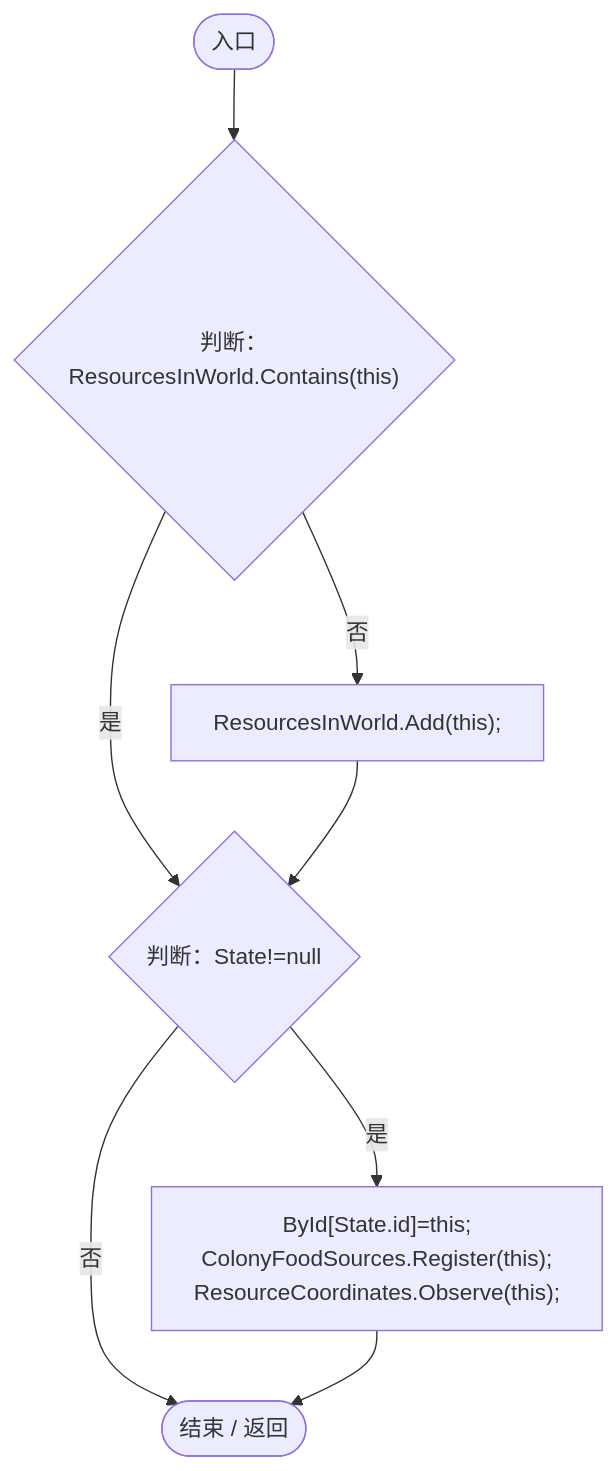
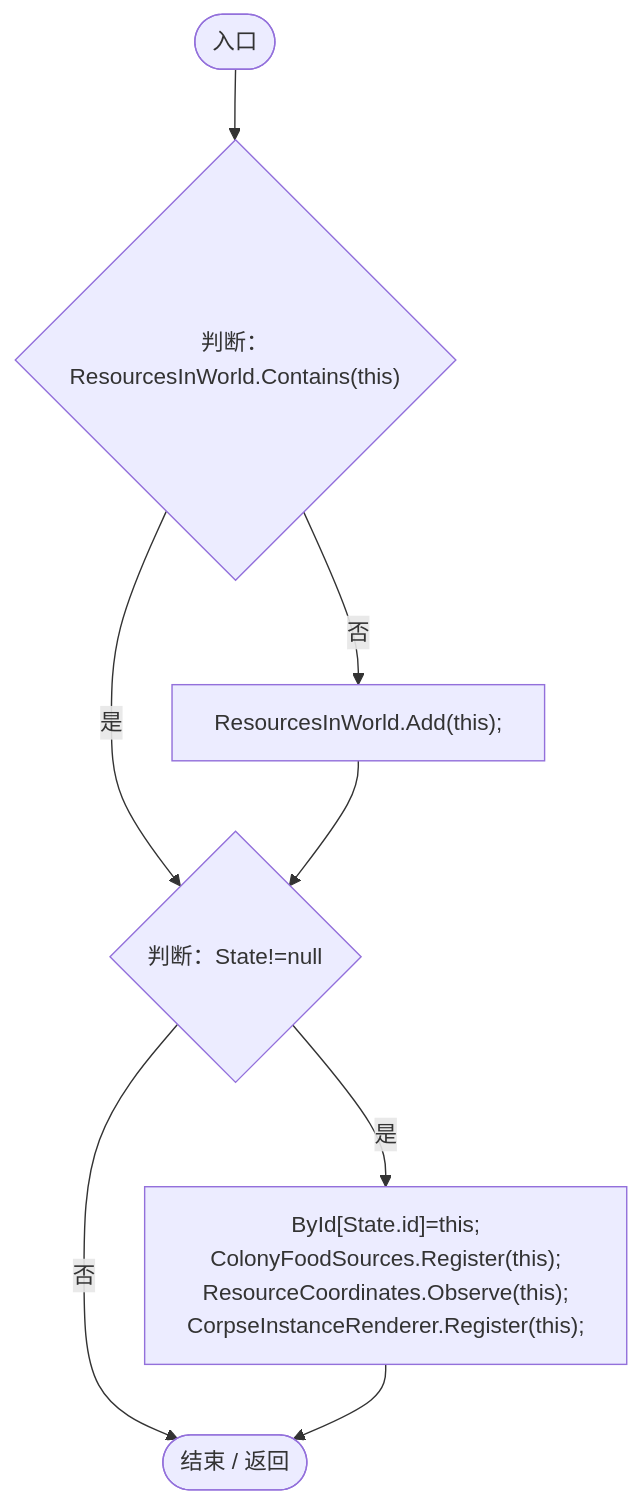
Before and after one commit to xhs6666/Darwin_paradise: the seventh of 20 diagrams in Docs/运行流程图/脚本/293dbaecfff4b585.md, drawn with Mermaid. The commit also changed other lines of this file and 297 other files, not shown here.

````diff
--- a/Docs/运行流程图/脚本/293dbaecfff4b585.md
+++ b/Docs/运行流程图/脚本/293dbaecfff4b585.md
@@ -174,17 +174,17 @@
 ```mermaid
 flowchart TD
   b0(["入口"])
   b1{"判断：ResourcesInWorld.Contains(this)"}
   b2["ResourcesInWorld.Add(this);"]
   b3{"判断：State!=null"}
-  b4["ById[State.id]=this;<br/>ColonyFoodSources.Register(this);<br/>ResourceCoordinates.Observe(this);"]
+  b4["ById[State.id]=this;<br/>ColonyFoodSources.Register(this);<br/>ResourceCoordinates.Observe(this);<br/>CorpseInstanceRenderer.Register(this);"]
   b5(["结束 / 返回"])
   b0 --> b1
   b1 -->|"否"| b2
   b1 -->|"是"| b3
   b2 --> b3
   b3 -->|"是"| b4
   b3 -->|"否"| b5
   b4 --> b5
 
 ```
````
